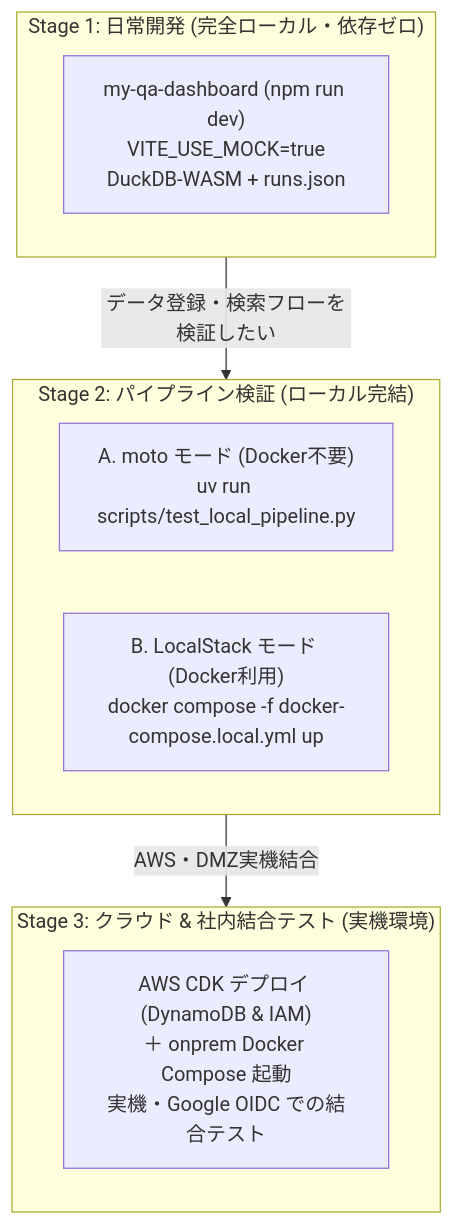
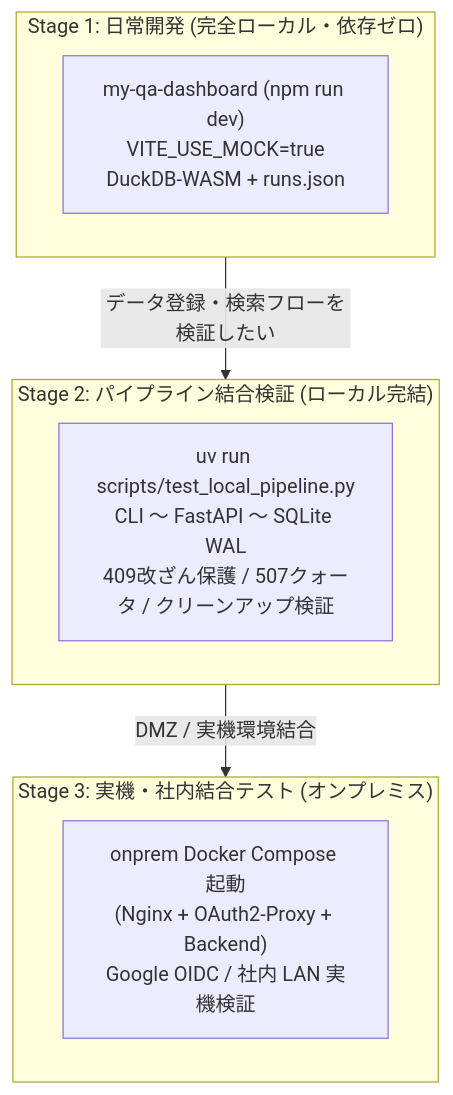
Before and after one commit to y-akahori-ramen/game-db: the diagram in README.md, drawn with Mermaid. The commit also changed other lines of this file and 13 other files, not shown here.

````diff
--- a/README.md
+++ b/README.md
@@ -73,18 +73,17 @@
 ```mermaid
 graph TD
     subgraph Stage1 ["Stage 1: 日常開発 (完全ローカル・依存ゼロ)"]
         S1["my-qa-dashboard (npm run dev)<br/>VITE_USE_MOCK=true<br/>DuckDB-WASM + runs.json"]
     end
 
-    subgraph Stage2 ["Stage 2: パイプライン検証 (ローカル完結)"]
-        S2_1["A. moto モード (Docker不要)<br/>uv run scripts/test_local_pipeline.py"]
-        S2_2["B. LocalStack モード (Docker利用)<br/>docker compose -f docker-compose.local.yml up"]
+    subgraph Stage2 ["Stage 2: パイプライン結合検証 (ローカル完結)"]
+        S2["uv run scripts/test_local_pipeline.py<br/>CLI 〜 FastAPI 〜 SQLite WAL<br/>409改ざん保護 / 507クォータ / クリーンアップ検証"]
     end
 
-    subgraph Stage3 ["Stage 3: クラウド & 社内結合テスト (実機環境)"]
-        S3["AWS CDK デプロイ (DynamoDB & IAM)<br/>＋ onprem Docker Compose 起動<br/>実機・Google OIDC での結合テスト"]
+    subgraph Stage3 ["Stage 3: 実機・社内結合テスト (オンプレミス)"]
+        S3["onprem Docker Compose 起動<br/>(Nginx + OAuth2-Proxy + Backend)<br/>Google OIDC / 社内 LAN 実機検証"]
     end
 
     Stage1 -->|"データ登録・検索フローを検証したい"| Stage2
-    Stage2 -->|"AWS・DMZ実機結合"| Stage3
+    Stage2 -->|"DMZ / 実機環境結合"| Stage3
 ```
````
